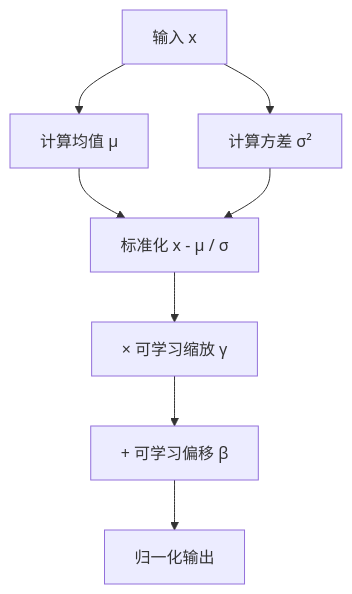
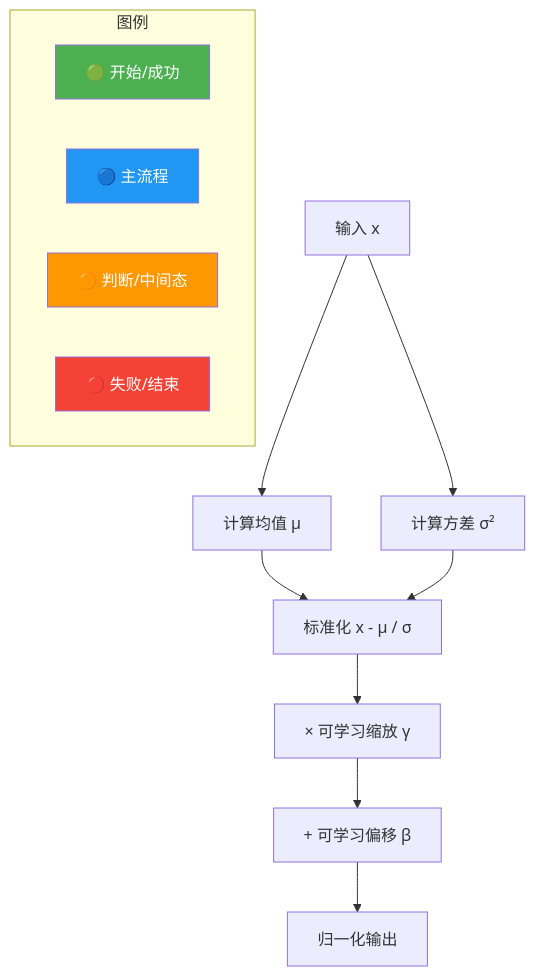
The diagram in questions/llm-core/lln-021.md (SunArthur86/interview-2026), drawn with Mermaid before and after one commit. The commit also changed other lines of this file and 3180 other files, not shown here.

First line of the commit message:
Mermaid颜色增强99% + 面试频率分类(高频1571/中频1115/低频461)

````diff
--- a/questions/llm-core/lln-021.md
+++ b/questions/llm-core/lln-021.md
@@ -105,9 +106,29 @@
 ```mermaid
 flowchart TD
+    classDef start fill:#4CAF50,color:#fff
+    classDef process fill:#2196F3,color:#fff
+    classDef decision fill:#FF9800,color:#fff
+    classDef special fill:#9C27B0,color:#fff
+    classDef error fill:#f44336,color:#fff
+    classDef info fill:#607D8B,color:#fff
+    class A start
+    class B process
+    class C decision
+    class D special
+    class E error
+    class F info
+    class G start
+    class x process
     A[输入 x] --> B[计算均值 μ]
     A --> C[计算方差 σ²]
     B & C --> D[标准化 x - μ / σ]
     D --> E[× 可学习缩放 γ]
     E --> F[+ 可学习偏移 β]
     F --> G[归一化输出]
+    subgraph Legend["图例"]
+        L1["🟢 开始/成功"]:::start
+        L2["🔵 主流程"]:::process
+        L3["🟠 判断/中间态"]:::decision
+        L4["🔴 失败/结束"]:::error
+    end
 ```
````
